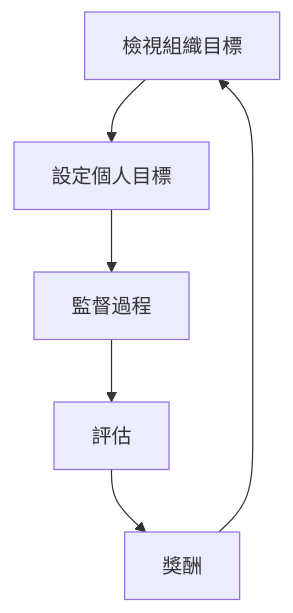
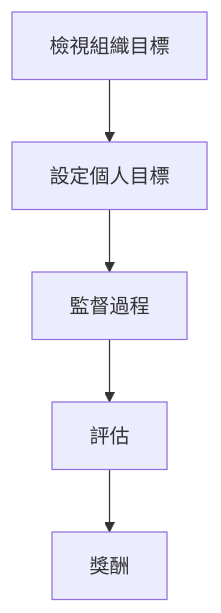
The first of 3 diagrams in _posts/2017-09-04-study-note.md (jeremywangyuan/Jeremywangyuan.github.io), drawn with Mermaid before and after one commit.

Commit message:
study note

```diff
--- a/_posts/2017-09-04-study-note.md
+++ b/_posts/2017-09-04-study-note.md
@@ -26,8 +26,7 @@
 <div class="mermaid">
 graph TD;
     檢視組織目標-->設定個人目標;
     設定個人目標-->監督過程;
     監督過程-->評估;
     評估-->獎酬;
-    獎酬-->檢視組織目標;
 </div>
```
